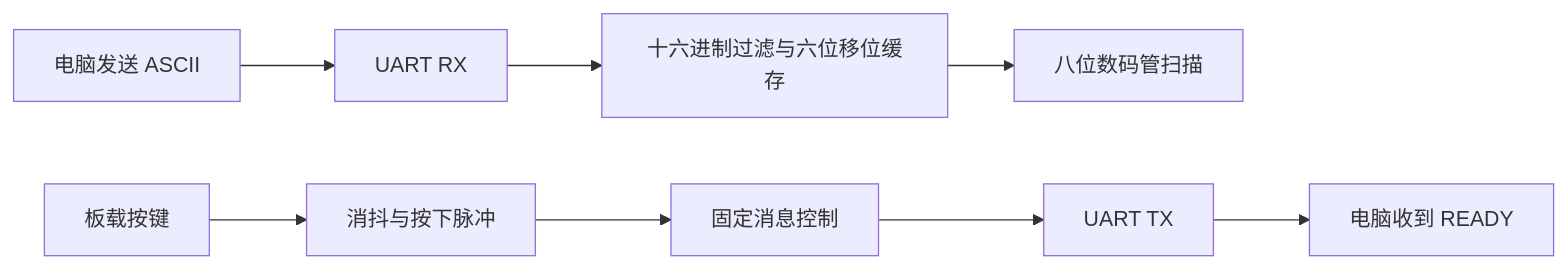
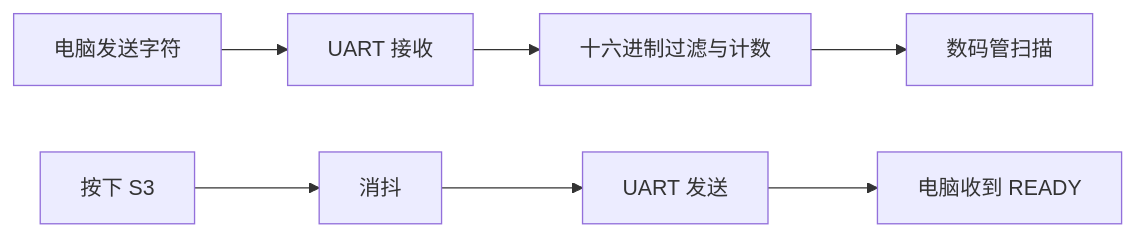
One commit to monesy231/fpga-serial-workbench changed the diagram in README.md. Above: the diagram before and after it, drawn with Mermaid. The commit also changed other lines of this file, not shown here.

````diff
--- a/README.md
+++ b/README.md
@@ -28,10 +16,9 @@
 ```mermaid
 flowchart LR
-    PCIn["电脑发送 ASCII"] --> RX["UART RX"]
-    RX --> History["十六进制过滤与六位移位缓存"]
-    History --> Scan["八位数码管扫描"]
-    Key["板载按键"] --> Debounce["消抖与按下脉冲"]
-    Debounce --> Message["固定消息控制"]
-    Message --> TX["UART TX"]
+    PCIn["电脑发送字符"] --> RX["UART 接收"]
+    RX --> History["十六进制过滤与计数"]
+    History --> Scan["数码管扫描"]
+    Key["按下 S3"] --> Debounce["消抖"]
+    Debounce --> TX["UART 发送"]
     TX --> PCOut["电脑收到 READY"]
 ```
````
